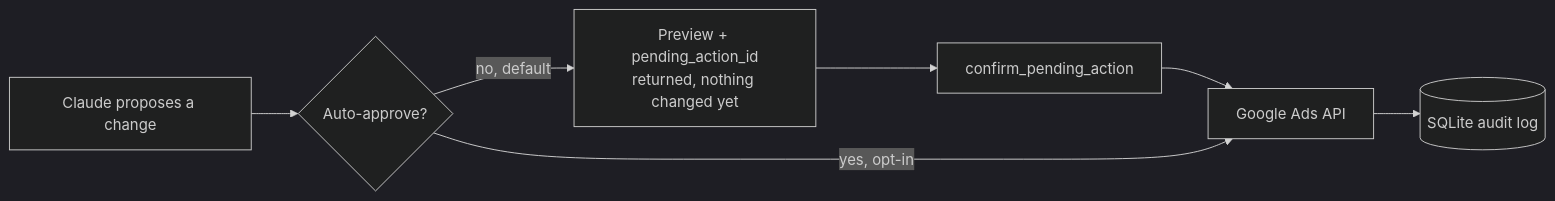
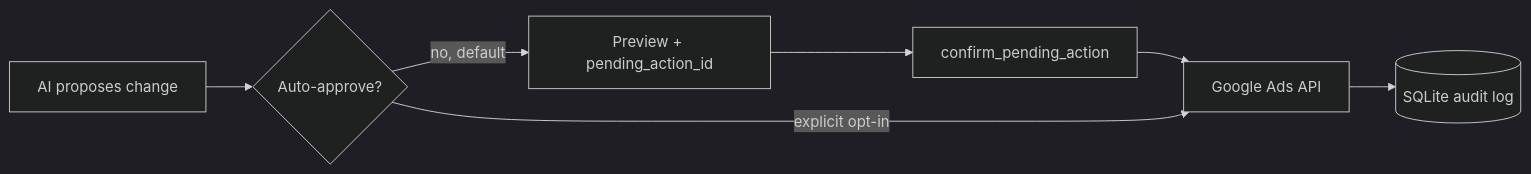
The diagram in README.md (akelaonline/MCP-Google-Ads), drawn with Mermaid (dark theme) before and after one commit. The commit also changed other lines of this file, not shown here.

````diff
--- a/README.md
+++ b/README.md
@@ -73,9 +79,9 @@
 ```mermaid
 flowchart LR
-    A[Claude proposes a change] --> B{Auto-approve?}
-    B -- no, default --> C[Preview + pending_action_id\nreturned, nothing changed yet]
+    A[AI proposes change] --> B{Auto-approve?}
+    B -- no, default --> C[Preview + pending_action_id]
     C --> D[confirm_pending_action]
     D --> E[Google Ads API]
-    B -- yes, opt-in --> E
+    B -- explicit opt-in --> E
     E --> F[(SQLite audit log)]
 ```
````
